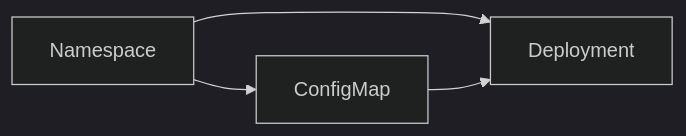
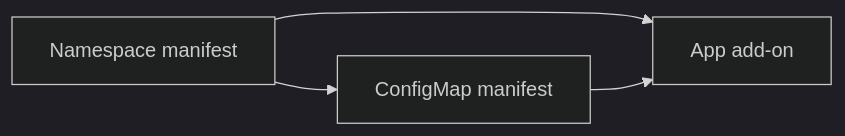
Before and after one commit to ankraio/ankra-docs: the diagram in concepts/stacks.mdx, drawn with Mermaid (dark theme). The commit also changed other lines of this file and 12 other files, not shown here.

````diff
--- a/concepts/stacks.mdx
+++ b/concepts/stacks.mdx
@@ -197,6 +21,6 @@
 ```mermaid
 flowchart LR
-    Namespace[Namespace] --> ConfigMap[ConfigMap]
-    Namespace --> Deployment[Deployment]
-    ConfigMap --> Deployment
+    Namespace[Namespace manifest] --> ConfigMap[ConfigMap manifest]
+    Namespace --> App[App add-on]
+    ConfigMap --> App
 ```
````
